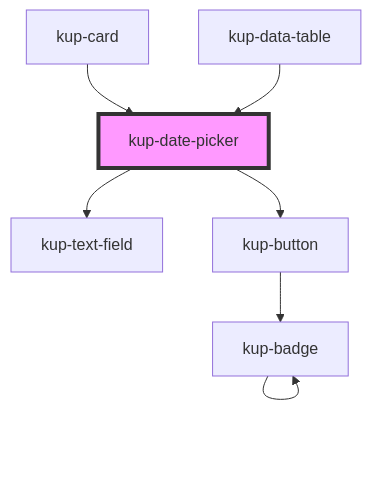
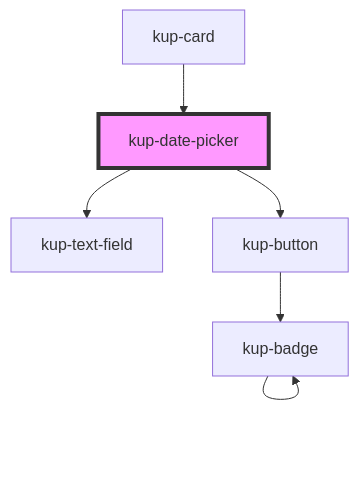
One commit to smeup/ketchup changed the diagram in packages/ketchup/src/components/kup-date-picker/readme.md. Above: the diagram before and after it, drawn with Mermaid. The commit also changed other lines of this file and 21 other files, not shown here.

````diff
--- a/packages/ketchup/src/components/kup-date-picker/readme.md
+++ b/packages/ketchup/src/components/kup-date-picker/readme.md
@@ -88,10 +87,9 @@
 ```mermaid
 graph TD;
   kup-date-picker --> kup-text-field
   kup-date-picker --> kup-button
   kup-button --> kup-badge
   kup-badge --> kup-badge
   kup-card --> kup-date-picker
-  kup-data-table --> kup-date-picker
   style kup-date-picker fill:#f9f,stroke:#333,stroke-width:4px
 ```
````
